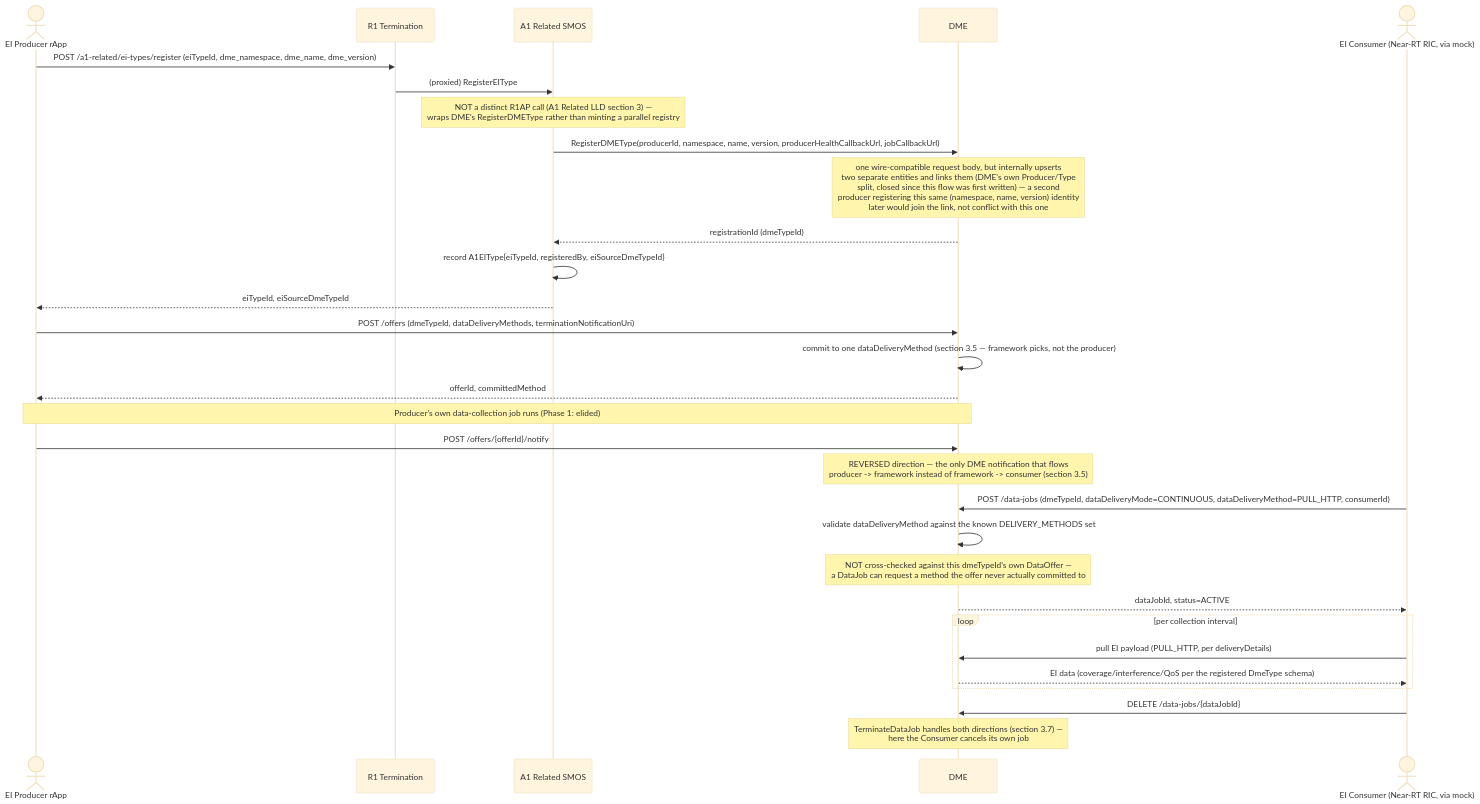
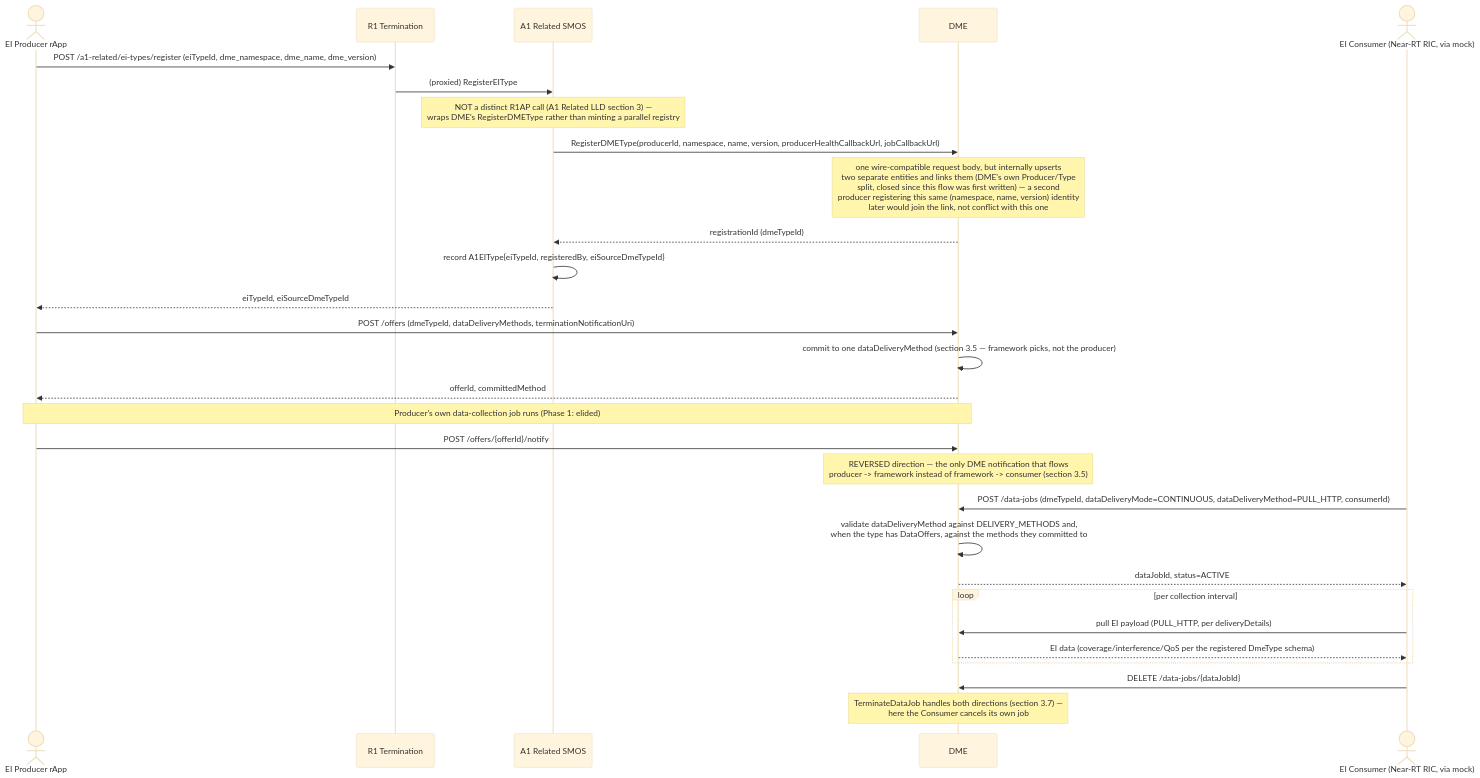
The diagram in smo/docs/call-flows/05-a1-ei-registration-to-consumption.md (rsys-bshankar/ai-ran-ref), drawn with Mermaid (base theme) before and after one commit. The commit also changed other lines of this file and 24 other files, not shown here.

First line of the commit message:
Docs cleanup: call flows describe the current behaviour

````diff
--- a/smo/docs/call-flows/05-a1-ei-registration-to-consumption.md
+++ b/smo/docs/call-flows/05-a1-ei-registration-to-consumption.md
@@ -7,38 +8,37 @@
 ```mermaid
 sequenceDiagram
     actor Producer as EI Producer rApp
     participant R1 as R1 Termination
     participant A1R as A1 Related SMOS
     participant DME as DME
     actor Consumer as EI Consumer (Near-RT RIC, via mock)
 
     Producer->>R1: POST /a1-related/ei-types/register (eiTypeId, dme_namespace, dme_name, dme_version)
     R1->>A1R: (proxied) RegisterEIType
     Note over A1R: NOT a distinct R1AP call (A1 Related LLD section 3) —<br/>wraps DME's RegisterDMEType rather than minting a parallel registry
     A1R->>DME: RegisterDMEType(producerId, namespace, name, version, producerHealthCallbackUrl, jobCallbackUrl)
     Note over DME: one wire-compatible request body, but internally upserts<br/>two separate entities and links them (DME's own Producer/Type<br/>split, closed since this flow was first written) — a second<br/>producer registering this same (namespace, name, version) identity<br/>later would join the link, not conflict with this one
     DME-->>A1R: registrationId (dmeTypeId)
     A1R->>A1R: record A1EIType{eiTypeId, registeredBy, eiSourceDmeTypeId}
     A1R-->>Producer: eiTypeId, eiSourceDmeTypeId
 
     Producer->>DME: POST /offers (dmeTypeId, dataDeliveryMethods, terminationNotificationUri)
     DME->>DME: commit to one dataDeliveryMethod (section 3.5 — framework picks, not the producer)
     DME-->>Producer: offerId, committedMethod
 
     Note over Producer,DME: Producer's own data-collection job runs (Phase 1: elided)
     Producer->>DME: POST /offers/{offerId}/notify
     Note over DME: REVERSED direction — the only DME notification that flows<br/>producer -> framework instead of framework -> consumer (section 3.5)
 
     Consumer->>DME: POST /data-jobs (dmeTypeId, dataDeliveryMode=CONTINUOUS, dataDeliveryMethod=PULL_HTTP, consumerId)
-    DME->>DME: validate dataDeliveryMethod against the known DELIVERY_METHODS set
-    Note over DME: NOT cross-checked against this dmeTypeId's own DataOffer —<br/>a DataJob can request a method the offer never actually committed to
+    DME->>DME: validate dataDeliveryMethod against DELIVERY_METHODS and,<br/>when the type has DataOffers, against the methods they committed to
     DME-->>Consumer: dataJobId, status=ACTIVE
 
     loop per collection interval
         Consumer->>DME: pull EI payload (PULL_HTTP, per deliveryDetails)
         DME-->>Consumer: EI data (coverage/interference/QoS per the registered DmeType schema)
     end
 
     Consumer->>DME: DELETE /data-jobs/{dataJobId}
     Note over DME: TerminateDataJob handles both directions (section 3.7) —<br/>here the Consumer cancels its own job
 ```
````
